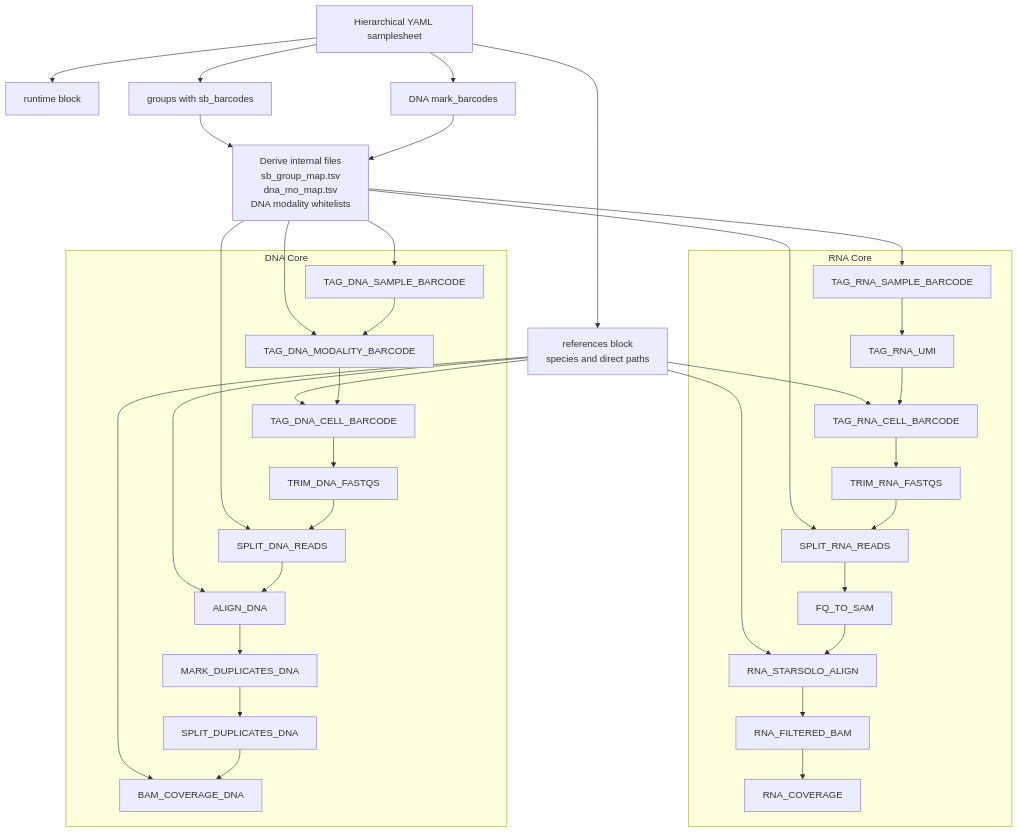
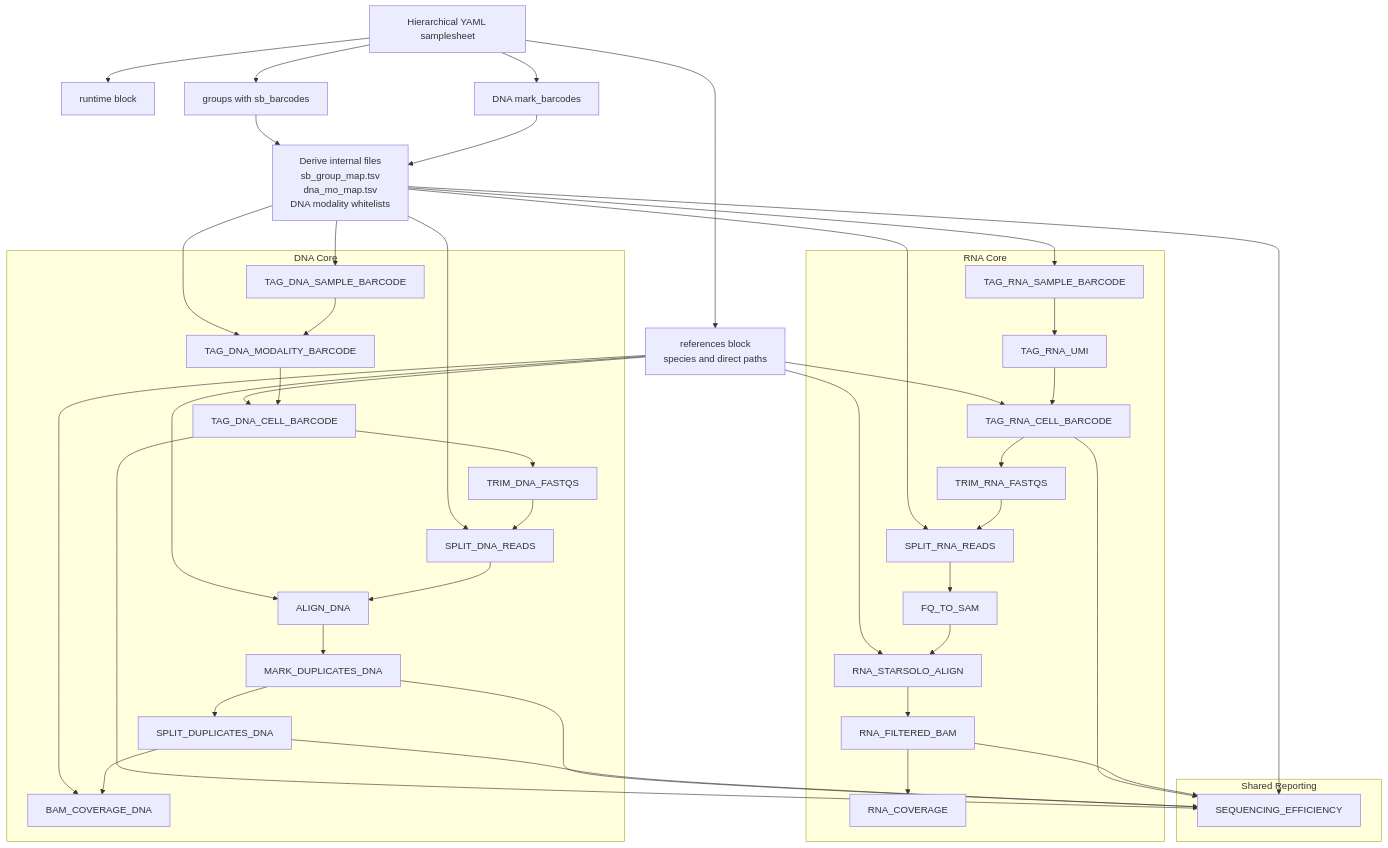
The diagram in docs/architecture/implemented_pipeline.md (CSOgroup/TrESFlow), drawn with Mermaid before and after one commit. The commit also changed other lines of this file and 307 other files, not shown here.

Commit message:
Add sequencing efficiency reporting

````diff
--- a/docs/architecture/implemented_pipeline.md
+++ b/docs/architecture/implemented_pipeline.md
@@ -8,53 +9,64 @@
 ```mermaid
 flowchart TD
     SS[Hierarchical YAML samplesheet]
     RUN[runtime block]
     REF[references block\nspecies and direct paths]
     GROUPS[groups with sb_barcodes]
     DNAMARKS[DNA mark_barcodes]
     DERIVE[Derive internal files\nsb_group_map.tsv\ndna_mo_map.tsv\nDNA modality whitelists]
 
     SS --> RUN
     SS --> REF
     SS --> GROUPS
     SS --> DNAMARKS
     GROUPS --> DERIVE
     DNAMARKS --> DERIVE
 
     REF --> RNA2
     REF --> RNA6
     REF --> DNA2
     REF --> DNA5
     REF --> DNA8
+    DERIVE --> REPORT
     DERIVE --> RNA0
     DERIVE --> RNA4
     DERIVE --> DNA0
     DERIVE --> DNA1
     DERIVE --> DNA4
 
     subgraph RNA_Core[RNA Core]
         RNA0[TAG_RNA_SAMPLE_BARCODE]
         RNA1[TAG_RNA_UMI]
         RNA2[TAG_RNA_CELL_BARCODE]
         RNA3[TRIM_RNA_FASTQS]
         RNA4[SPLIT_RNA_READS]
         RNA5[FQ_TO_SAM]
         RNA6[RNA_STARSOLO_ALIGN]
         RNA7[RNA_FILTERED_BAM]
         RNA8[RNA_COVERAGE]
         RNA0 --> RNA1 --> RNA2 --> RNA3 --> RNA4 --> RNA5 --> RNA6 --> RNA7 --> RNA8
     end
 
     subgraph DNA_Core[DNA Core]
         DNA0[TAG_DNA_SAMPLE_BARCODE]
         DNA1[TAG_DNA_MODALITY_BARCODE]
         DNA2[TAG_DNA_CELL_BARCODE]
         DNA3[TRIM_DNA_FASTQS]
         DNA4[SPLIT_DNA_READS]
         DNA5[ALIGN_DNA]
         DNA6[MARK_DUPLICATES_DNA]
         DNA7[SPLIT_DUPLICATES_DNA]
         DNA8[BAM_COVERAGE_DNA]
         DNA0 --> DNA1 --> DNA2 --> DNA3 --> DNA4 --> DNA5 --> DNA6 --> DNA7 --> DNA8
     end
+
+    subgraph Reporting[Shared Reporting]
+        REPORT[SEQUENCING_EFFICIENCY]
+    end
+
+    RNA2 --> REPORT
+    RNA7 --> REPORT
+    DNA2 --> REPORT
+    DNA6 --> REPORT
+    DNA7 --> REPORT
 ```
````
